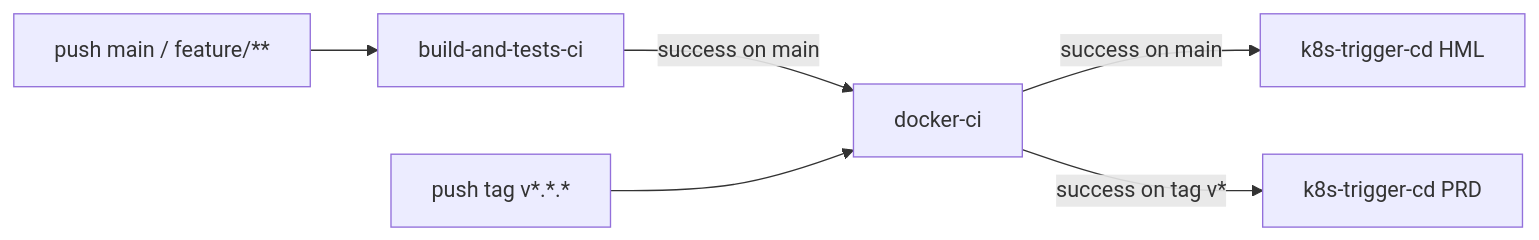
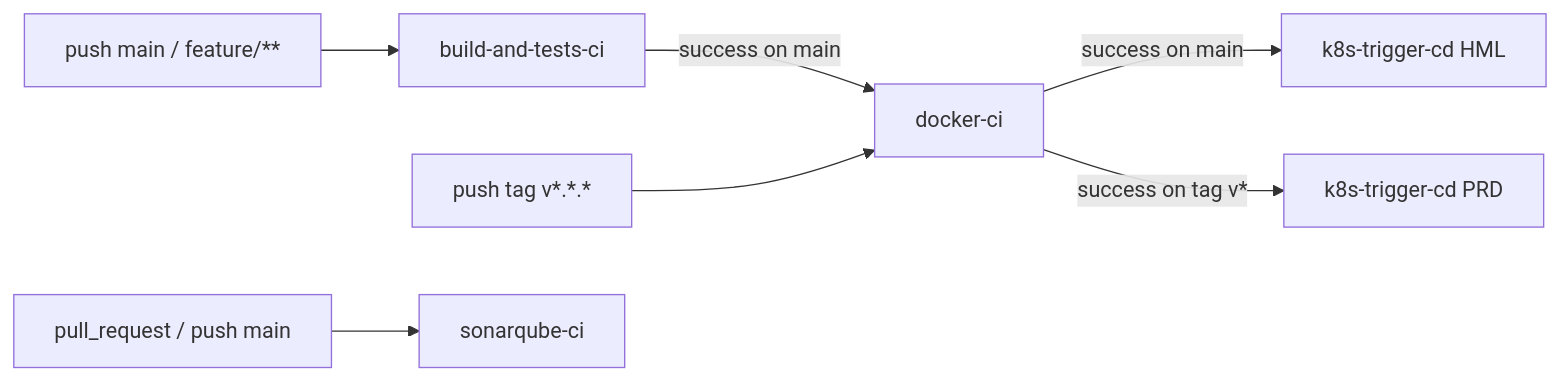
One commit to fiap-challenge-13soat/mecanica-hermes-api-ordem-servico changed the diagram in docs/ci-cd.md. Above: the diagram before and after it, drawn with Mermaid. The commit also changed other lines of this file, not shown here.

````diff
--- a/docs/ci-cd.md
+++ b/docs/ci-cd.md
@@ -5,8 +5,9 @@
 ```mermaid
 flowchart LR
     A[push main / feature/**] --> B[build-and-tests-ci]
     B -- success on main --> C[docker-ci]
     D[push tag v*.*.*] --> C
     C -- success on main --> E[k8s-trigger-cd HML]
     C -- success on tag v* --> F[k8s-trigger-cd PRD]
+    G[pull_request / push main] --> H[sonarqube-ci]
 ```
````
